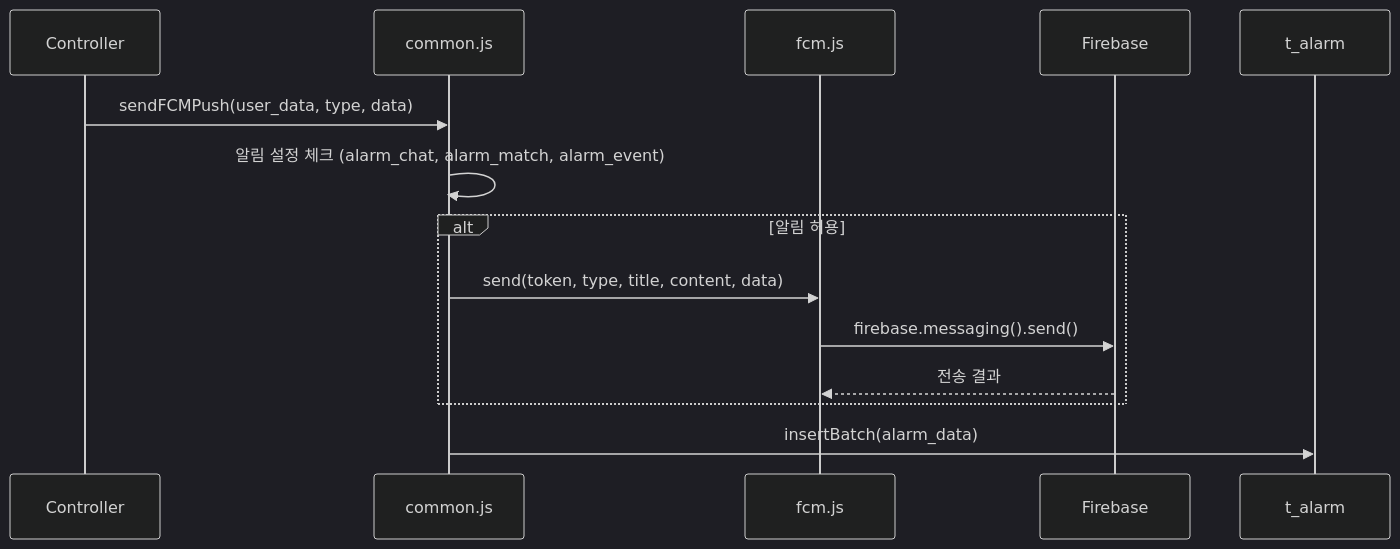
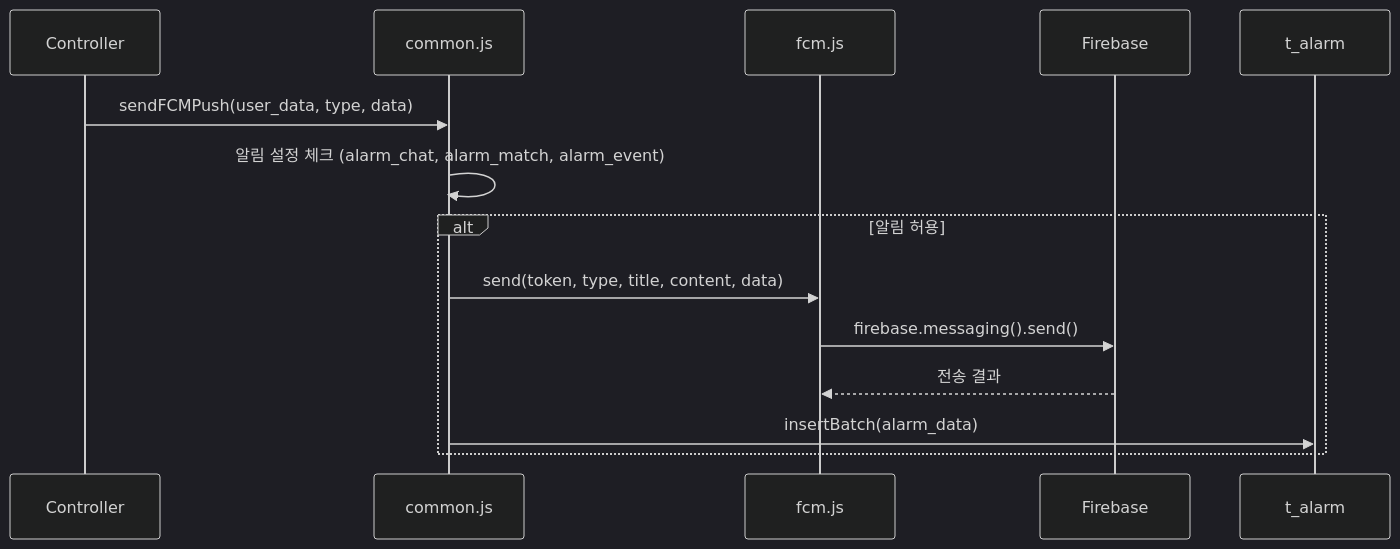
The second of 2 diagrams in content/architecture/push-notification.md (coupler-developer/docs), drawn with Mermaid (dark theme) before and after one commit. The commit also changed other lines of this file and 4 other files, not shown here.

````diff
--- a/content/architecture/push-notification.md
+++ b/content/architecture/push-notification.md
@@ -169,17 +169,17 @@
 ```mermaid
 sequenceDiagram
     participant C as Controller
     participant Common as common.js
     participant FCM as fcm.js
     participant Firebase as Firebase
     participant DB as t_alarm
 
     C->>Common: sendFCMPush(user_data, type, data)
     Common->>Common: 알림 설정 체크 (alarm_chat, alarm_match, alarm_event)
     alt 알림 허용
         Common->>FCM: send(token, type, title, content, data)
         FCM->>Firebase: firebase.messaging().send()
         Firebase-->>FCM: 전송 결과
+        Common->>DB: insertBatch(alarm_data)
     end
-    Common->>DB: insertBatch(alarm_data)
 ```
````
